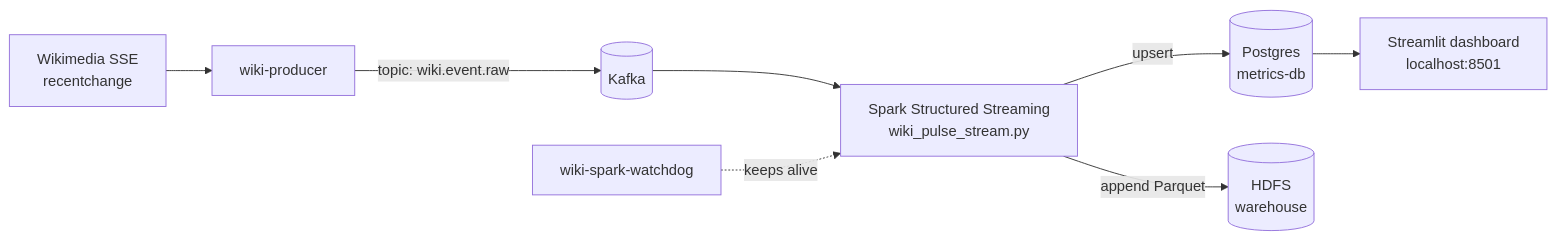
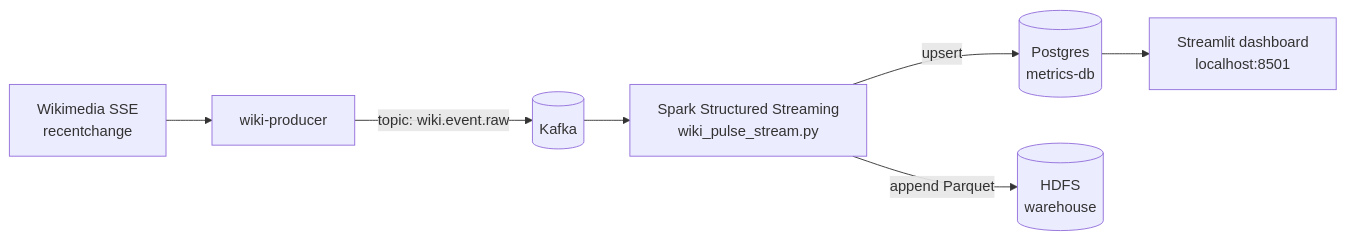
One commit to Chhunneng/wiki-pulse changed the diagram in README.md. Above: the diagram before and after it, drawn with Mermaid. The commit also changed other lines of this file and 9 other files, not shown here.

Commit message:
Remove wiki-spark-watchdog service and related scripts; update README and dashboard messages to reflect changes in Spark streaming management. Introduce new run_spark_stream.sh script for manual Spark execution and enhance logging in wiki_pulse_stream.py.

````diff
--- a/README.md
+++ b/README.md
@@ -5,10 +5,9 @@
 ```mermaid
 flowchart LR
     sse["Wikimedia SSE<br>recentchange"] --> producer[wiki-producer]
     producer -->|"topic: wiki.event.raw"| kafka[(Kafka)]
     kafka --> spark["Spark Structured Streaming<br>wiki_pulse_stream.py"]
     spark -->|"upsert"| pg[(Postgres<br>metrics-db)]
     spark -->|"append Parquet"| hdfs[(HDFS<br>warehouse)]
     pg --> dash["Streamlit dashboard<br>localhost:8501"]
-    watchdog[wiki-spark-watchdog] -.->|"keeps alive"| spark
 ```
````
